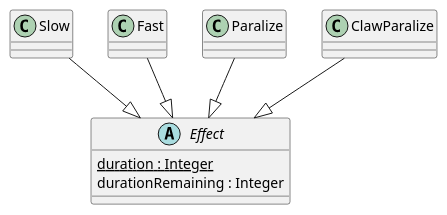
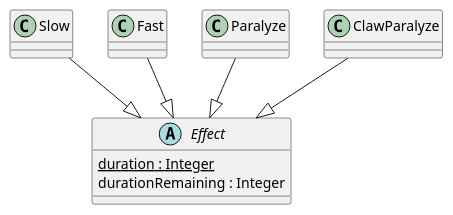
The diagram in 3/classes/effect.puml (Petya-G/fungorium), drawn with PlantUML before and after one commit. The commit also changed 1 other file, not shown here.

```diff
--- a/3/classes/effect.puml
+++ b/3/classes/effect.puml
@@ -1,25 +1,25 @@
 @startuml effect
 
 abstract class Effect{
     {static} duration : Integer
     durationRemaining : Integer
 }
 
 Slow --|> Effect
 class Slow {
 }
 
 Fast --|> Effect
 class Fast {
 }
 
-Paralize --|> Effect
-class Paralize {
+Paralyze --|> Effect
+class Paralyze {
 }
 
-ClawParalize --|> Effect
-class ClawParalize {
+ClawParalyze --|> Effect
+class ClawParalyze {
 }
 
 
 @enduml
```
